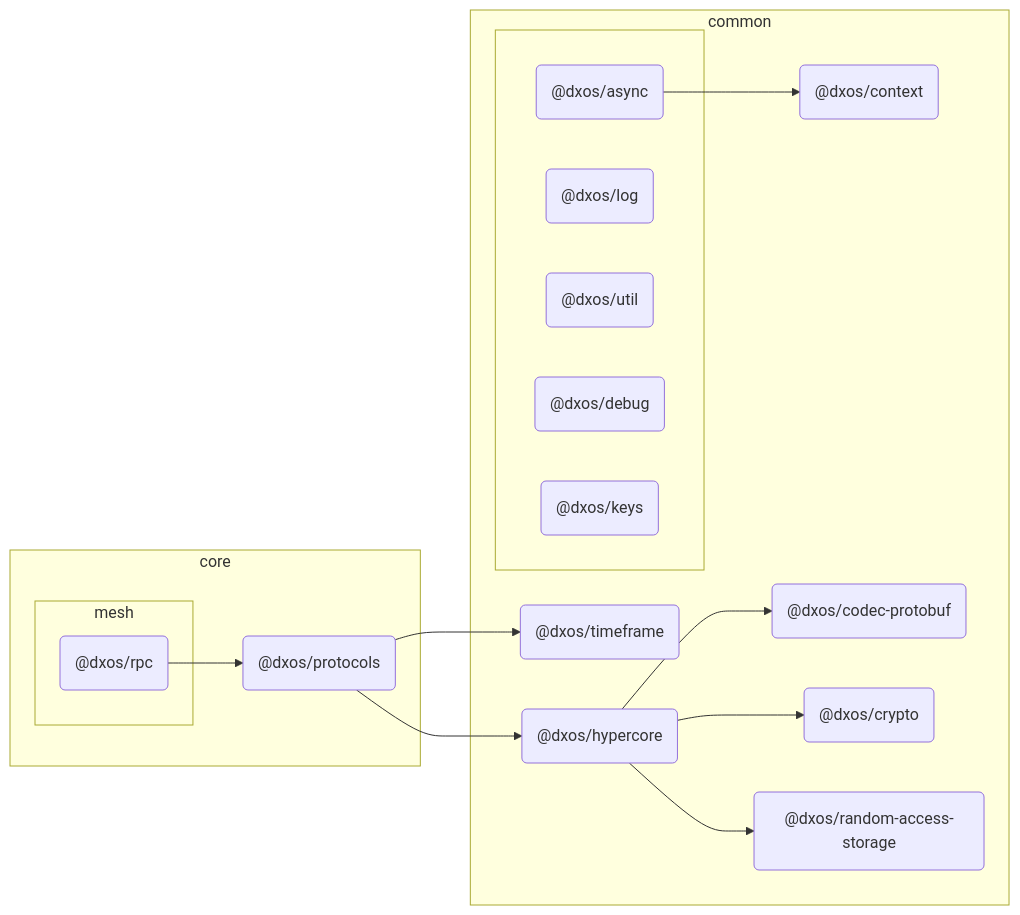
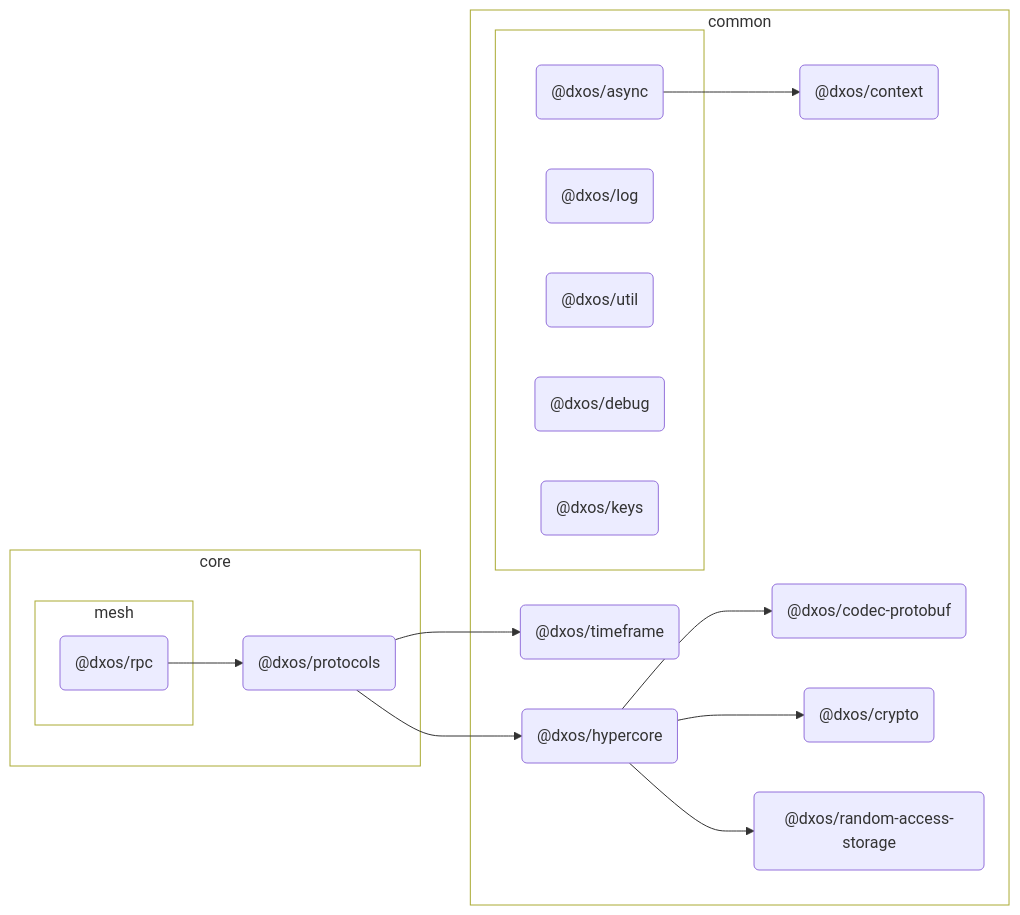
The diagram in packages/core/mesh/rpc/docs/README.md (dxos/dxos), drawn with Mermaid before and after one commit. The commit also changed 80 other files, not shown here.

````diff
--- a/packages/core/mesh/rpc/docs/README.md
+++ b/packages/core/mesh/rpc/docs/README.md
@@ -7,55 +7,62 @@
 ```mermaid
 %%{ init: {'flowchart':{'curve':'basis'}} }%%
 
 flowchart LR
 
+%% Classes
+
+
+
 %% Nodes
 
 subgraph core [core]
+  style core fill:transparent
   dxos/protocols("@dxos/protocols"):::def
   click dxos/protocols "dxos/dxos/tree/main/packages/core/protocols/docs"
 
   subgraph mesh [mesh]
+    style mesh fill:transparent
     dxos/rpc("@dxos/rpc"):::root
     click dxos/rpc "dxos/dxos/tree/main/packages/core/mesh/rpc/docs"
   end
 end
 
 subgraph common [common]
+  style common fill:transparent
   dxos/context("@dxos/context"):::def
   click dxos/context "dxos/dxos/tree/main/packages/common/context/docs"
   dxos/codec-protobuf("@dxos/codec-protobuf"):::def
   click dxos/codec-protobuf "dxos/dxos/tree/main/packages/common/codec-protobuf/docs"
   dxos/hypercore("@dxos/hypercore"):::def
   click dxos/hypercore "dxos/dxos/tree/main/packages/common/hypercore/docs"
   dxos/crypto("@dxos/crypto"):::def
   click dxos/crypto "dxos/dxos/tree/main/packages/common/crypto/docs"
   dxos/random-access-storage("@dxos/random-access-storage"):::def
   click dxos/random-access-storage "dxos/dxos/tree/main/packages/common/random-access-storage/docs"
   dxos/timeframe("@dxos/timeframe"):::def
   click dxos/timeframe "dxos/dxos/tree/main/packages/common/timeframe/docs"
 
   subgraph _ [ ]
+    style _ fill:transparent
     dxos/async("@dxos/async"):::def
     click dxos/async "dxos/dxos/tree/main/packages/common/async/docs"
     dxos/log("@dxos/log"):::def
     click dxos/log "dxos/dxos/tree/main/packages/common/log/docs"
     dxos/util("@dxos/util"):::def
     click dxos/util "dxos/dxos/tree/main/packages/common/util/docs"
     dxos/debug("@dxos/debug"):::def
     click dxos/debug "dxos/dxos/tree/main/packages/common/debug/docs"
     dxos/keys("@dxos/keys"):::def
     click dxos/keys "dxos/dxos/tree/main/packages/common/keys/docs"
   end
 end
 
 %% Links
-linkStyle default stroke:#333,stroke-width:1px
 dxos/async --> dxos/context
 dxos/rpc --> dxos/protocols
 dxos/protocols --> dxos/hypercore
 dxos/hypercore --> dxos/codec-protobuf
 dxos/hypercore --> dxos/crypto
 dxos/hypercore --> dxos/random-access-storage
 dxos/protocols --> dxos/timeframe
 ```
````
